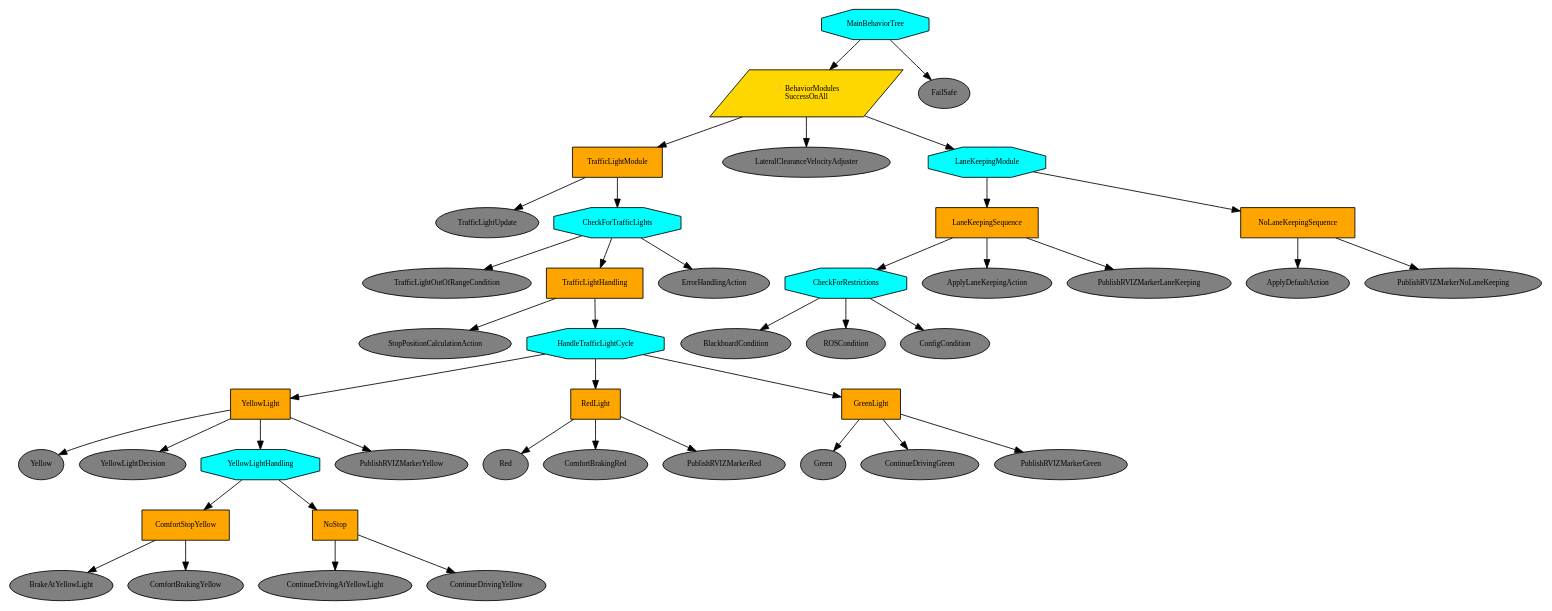
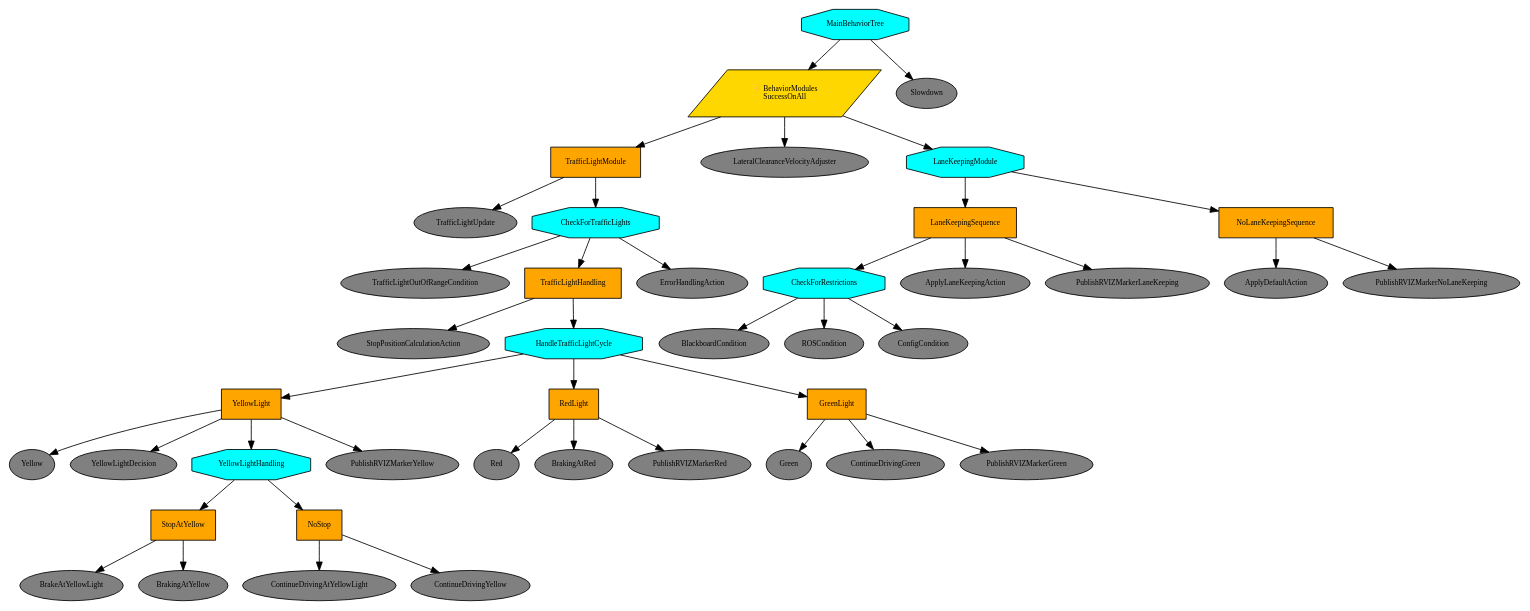
The diagram in src/cr2autoware/cr2autoware/interfaces/implementation/behavior_tree/output/behavior_tree/behavior_tree.dot (CommonRoad/commonroad-autoware-interface), drawn with Graphviz before and after one commit. The commit also changed 3 other files, not shown here.

Commit message:
refactor braking action for traffic light behavior

```diff
--- a/src/cr2autoware/cr2autoware/interfaces/implementation/behavior_tree/output/behavior_tree/behavior_tree.dot
+++ b/src/cr2autoware/cr2autoware/interfaces/implementation/behavior_tree/output/behavior_tree/behavior_tree.dot
@@ -1,89 +1,89 @@
 digraph pastafarianism {
 ordering=out;
 graph [fontname="times-roman"];
 node [fontname="times-roman"];
 edge [fontname="times-roman"];
 MainBehaviorTree [label=MainBehaviorTree, shape=octagon, style=filled, fillcolor=cyan, fontsize=9, fontcolor=black];
 BehaviorModules [label="⚡ BehaviorModules\nSuccessOnAll", shape=parallelogram, style=filled, fillcolor=gold, fontsize=9, fontcolor=black];
 MainBehaviorTree -> BehaviorModules;
 TrafficLightModule [label=TrafficLightModule, shape=box, style=filled, fillcolor=orange, fontsize=9, fontcolor=black];
 BehaviorModules -> TrafficLightModule;
 TrafficLightUpdate [label=TrafficLightUpdate, shape=ellipse, style=filled, fillcolor=gray, fontsize=9, fontcolor=black];
 TrafficLightModule -> TrafficLightUpdate;
 CheckForTrafficLights [label=CheckForTrafficLights, shape=octagon, style=filled, fillcolor=cyan, fontsize=9, fontcolor=black];
 TrafficLightModule -> CheckForTrafficLights;
 TrafficLightOutOfRangeCondition [label=TrafficLightOutOfRangeCondition, shape=ellipse, style=filled, fillcolor=gray, fontsize=9, fontcolor=black];
 CheckForTrafficLights -> TrafficLightOutOfRangeCondition;
 TrafficLightHandling [label=TrafficLightHandling, shape=box, style=filled, fillcolor=orange, fontsize=9, fontcolor=black];
 CheckForTrafficLights -> TrafficLightHandling;
 StopPositionCalculationAction [label=StopPositionCalculationAction, shape=ellipse, style=filled, fillcolor=gray, fontsize=9, fontcolor=black];
 TrafficLightHandling -> StopPositionCalculationAction;
 HandleTrafficLightCycle [label=HandleTrafficLightCycle, shape=octagon, style=filled, fillcolor=cyan, fontsize=9, fontcolor=black];
 TrafficLightHandling -> HandleTrafficLightCycle;
 YellowLight [label=YellowLight, shape=box, style=filled, fillcolor=orange, fontsize=9, fontcolor=black];
 HandleTrafficLightCycle -> YellowLight;
 Yellow [label=Yellow, shape=ellipse, style=filled, fillcolor=gray, fontsize=9, fontcolor=black];
 YellowLight -> Yellow;
 YellowLightDecision [label=YellowLightDecision, shape=ellipse, style=filled, fillcolor=gray, fontsize=9, fontcolor=black];
 YellowLight -> YellowLightDecision;
 YellowLightHandling [label=YellowLightHandling, shape=octagon, style=filled, fillcolor=cyan, fontsize=9, fontcolor=black];
 YellowLight -> YellowLightHandling;
-ComfortStopYellow [label=ComfortStopYellow, shape=box, style=filled, fillcolor=orange, fontsize=9, fontcolor=black];
-YellowLightHandling -> ComfortStopYellow;
+StopAtYellow [label=StopAtYellow, shape=box, style=filled, fillcolor=orange, fontsize=9, fontcolor=black];
+YellowLightHandling -> StopAtYellow;
 BrakeAtYellowLight [label=BrakeAtYellowLight, shape=ellipse, style=filled, fillcolor=gray, fontsize=9, fontcolor=black];
-ComfortStopYellow -> BrakeAtYellowLight;
-ComfortBrakingYellow [label=ComfortBrakingYellow, shape=ellipse, style=filled, fillcolor=gray, fontsize=9, fontcolor=black];
-ComfortStopYellow -> ComfortBrakingYellow;
+StopAtYellow -> BrakeAtYellowLight;
+BrakingAtYellow [label=BrakingAtYellow, shape=ellipse, style=filled, fillcolor=gray, fontsize=9, fontcolor=black];
+StopAtYellow -> BrakingAtYellow;
 NoStop [label=NoStop, shape=box, style=filled, fillcolor=orange, fontsize=9, fontcolor=black];
 YellowLightHandling -> NoStop;
 ContinueDrivingAtYellowLight [label=ContinueDrivingAtYellowLight, shape=ellipse, style=filled, fillcolor=gray, fontsize=9, fontcolor=black];
 NoStop -> ContinueDrivingAtYellowLight;
 ContinueDrivingYellow [label=ContinueDrivingYellow, shape=ellipse, style=filled, fillcolor=gray, fontsize=9, fontcolor=black];
 NoStop -> ContinueDrivingYellow;
 PublishRVIZMarkerYellow [label=PublishRVIZMarkerYellow, shape=ellipse, style=filled, fillcolor=gray, fontsize=9, fontcolor=black];
 YellowLight -> PublishRVIZMarkerYellow;
 RedLight [label=RedLight, shape=box, style=filled, fillcolor=orange, fontsize=9, fontcolor=black];
 HandleTrafficLightCycle -> RedLight;
 Red [label=Red, shape=ellipse, style=filled, fillcolor=gray, fontsize=9, fontcolor=black];
 RedLight -> Red;
-ComfortBrakingRed [label=ComfortBrakingRed, shape=ellipse, style=filled, fillcolor=gray, fontsize=9, fontcolor=black];
-RedLight -> ComfortBrakingRed;
+BrakingAtRed [label=BrakingAtRed, shape=ellipse, style=filled, fillcolor=gray, fontsize=9, fontcolor=black];
+RedLight -> BrakingAtRed;
 PublishRVIZMarkerRed [label=PublishRVIZMarkerRed, shape=ellipse, style=filled, fillcolor=gray, fontsize=9, fontcolor=black];
 RedLight -> PublishRVIZMarkerRed;
 GreenLight [label=GreenLight, shape=box, style=filled, fillcolor=orange, fontsize=9, fontcolor=black];
 HandleTrafficLightCycle -> GreenLight;
 Green [label=Green, shape=ellipse, style=filled, fillcolor=gray, fontsize=9, fontcolor=black];
 GreenLight -> Green;
 ContinueDrivingGreen [label=ContinueDrivingGreen, shape=ellipse, style=filled, fillcolor=gray, fontsize=9, fontcolor=black];
 GreenLight -> ContinueDrivingGreen;
 PublishRVIZMarkerGreen [label=PublishRVIZMarkerGreen, shape=ellipse, style=filled, fillcolor=gray, fontsize=9, fontcolor=black];
 GreenLight -> PublishRVIZMarkerGreen;
 ErrorHandlingAction [label=ErrorHandlingAction, shape=ellipse, style=filled, fillcolor=gray, fontsize=9, fontcolor=black];
 CheckForTrafficLights -> ErrorHandlingAction;
 LateralClearanceVelocityAdjuster [label=LateralClearanceVelocityAdjuster, shape=ellipse, style=filled, fillcolor=gray, fontsize=9, fontcolor=black];
 BehaviorModules -> LateralClearanceVelocityAdjuster;
 LaneKeepingModule [label=LaneKeepingModule, shape=octagon, style=filled, fillcolor=cyan, fontsize=9, fontcolor=black];
 BehaviorModules -> LaneKeepingModule;
 LaneKeepingSequence [label=LaneKeepingSequence, shape=box, style=filled, fillcolor=orange, fontsize=9, fontcolor=black];
 LaneKeepingModule -> LaneKeepingSequence;
 CheckForRestrictions [label=CheckForRestrictions, shape=octagon, style=filled, fillcolor=cyan, fontsize=9, fontcolor=black];
 LaneKeepingSequence -> CheckForRestrictions;
 BlackboardCondition [label=BlackboardCondition, shape=ellipse, style=filled, fillcolor=gray, fontsize=9, fontcolor=black];
 CheckForRestrictions -> BlackboardCondition;
 ROSCondition [label=ROSCondition, shape=ellipse, style=filled, fillcolor=gray, fontsize=9, fontcolor=black];
 CheckForRestrictions -> ROSCondition;
 ConfigCondition [label=ConfigCondition, shape=ellipse, style=filled, fillcolor=gray, fontsize=9, fontcolor=black];
 CheckForRestrictions -> ConfigCondition;
 ApplyLaneKeepingAction [label=ApplyLaneKeepingAction, shape=ellipse, style=filled, fillcolor=gray, fontsize=9, fontcolor=black];
 LaneKeepingSequence -> ApplyLaneKeepingAction;
 PublishRVIZMarkerLaneKeeping [label=PublishRVIZMarkerLaneKeeping, shape=ellipse, style=filled, fillcolor=gray, fontsize=9, fontcolor=black];
 LaneKeepingSequence -> PublishRVIZMarkerLaneKeeping;
 NoLaneKeepingSequence [label=NoLaneKeepingSequence, shape=box, style=filled, fillcolor=orange, fontsize=9, fontcolor=black];
 LaneKeepingModule -> NoLaneKeepingSequence;
 ApplyDefaultAction [label=ApplyDefaultAction, shape=ellipse, style=filled, fillcolor=gray, fontsize=9, fontcolor=black];
 NoLaneKeepingSequence -> ApplyDefaultAction;
 PublishRVIZMarkerNoLaneKeeping [label=PublishRVIZMarkerNoLaneKeeping, shape=ellipse, style=filled, fillcolor=gray, fontsize=9, fontcolor=black];
 NoLaneKeepingSequence -> PublishRVIZMarkerNoLaneKeeping;
-FailSafe [label=FailSafe, shape=ellipse, style=filled, fillcolor=gray, fontsize=9, fontcolor=black];
-MainBehaviorTree -> FailSafe;
+Slowdown [label=Slowdown, shape=ellipse, style=filled, fillcolor=gray, fontsize=9, fontcolor=black];
+MainBehaviorTree -> Slowdown;
 }
```
